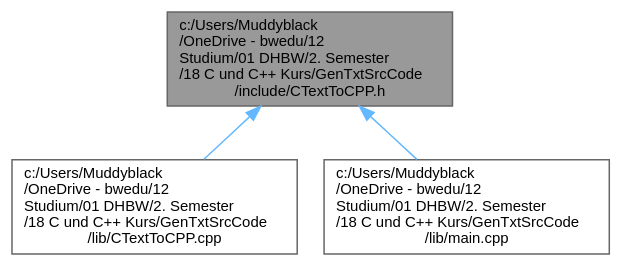
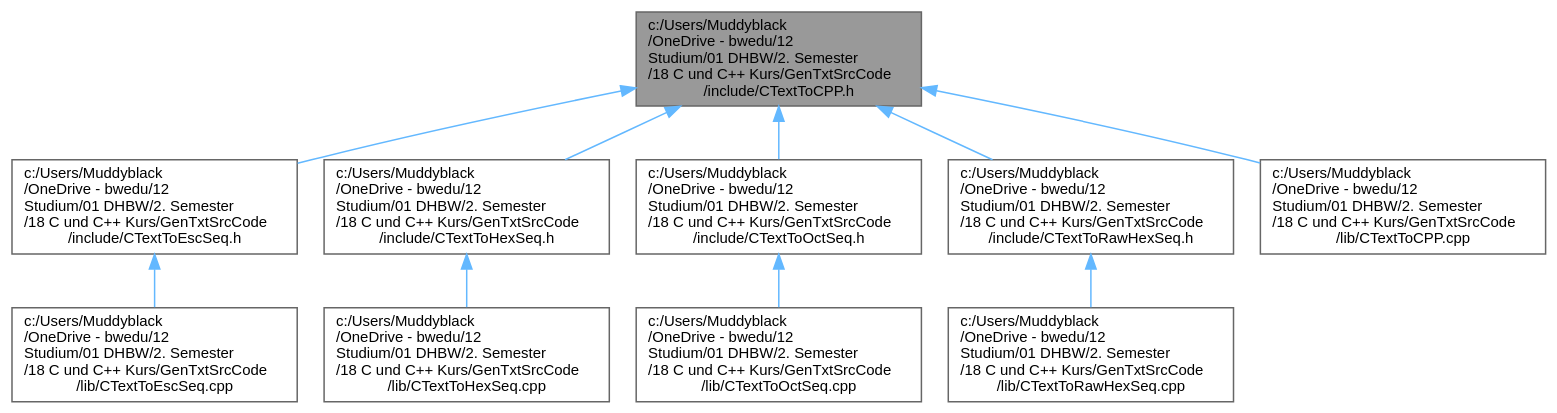
Before and after one commit to Muddyblack/Cpp_Project: the diagram in _c_text_to_c_p_p_8h__dep__incl.dot, drawn with Graphviz. The commit also changed 194 other files, not shown here.

```diff
--- a/_c_text_to_c_p_p_8h__dep__incl.dot
+++ b/_c_text_to_c_p_p_8h__dep__incl.dot
@@ -1,12 +1,26 @@
 digraph "c:/Users/Muddyblack/OneDrive - bwedu/12 Studium/01 DHBW/2. Semester/18 C und C++ Kurs/GenTxtSrcCode/include/CTextToCPP.h"
 {
  // LATEX_PDF_SIZE
   bgcolor="transparent";
   edge [fontname=Helvetica,fontsize=10,labelfontname=Helvetica,labelfontsize=10];
   node [fontname=Helvetica,fontsize=10,shape=box,height=0.2,width=0.4];
-  Node1 [id="Node000001",label="c:/Users/Muddyblack\l/OneDrive - bwedu/12\l Studium/01 DHBW/2. Semester\l/18 C und C++ Kurs/GenTxtSrcCode\l/include/CTextToCPP.h",height=0.2,width=0.4,color="gray40", fillcolor="grey60", style="filled", fontcolor="black",tooltip=" "];
+  Node1 [id="Node000001",label="c:/Users/Muddyblack\l/OneDrive - bwedu/12\l Studium/01 DHBW/2. Semester\l/18 C und C++ Kurs/GenTxtSrcCode\l/include/CTextToCPP.h",height=0.2,width=0.4,color="gray40", fillcolor="grey60", style="filled", fontcolor="black",tooltip="Contains the CTextToCPP class for text-to-C++ conversion."];
   Node1 -> Node2 [id="edge1_Node000001_Node000002",dir="back",color="steelblue1",style="solid",tooltip=" "];
-  Node2 [id="Node000002",label="c:/Users/Muddyblack\l/OneDrive - bwedu/12\l Studium/01 DHBW/2. Semester\l/18 C und C++ Kurs/GenTxtSrcCode\l/lib/CTextToCPP.cpp",height=0.2,width=0.4,color="grey40", fillcolor="white", style="filled",URL="$_c_text_to_c_p_p_8cpp.html",tooltip=" "];
-  Node1 -> Node3 [id="edge2_Node000001_Node000003",dir="back",color="steelblue1",style="solid",tooltip=" "];
-  Node3 [id="Node000003",label="c:/Users/Muddyblack\l/OneDrive - bwedu/12\l Studium/01 DHBW/2. Semester\l/18 C und C++ Kurs/GenTxtSrcCode\l/lib/main.cpp",height=0.2,width=0.4,color="grey40", fillcolor="white", style="filled",URL="$main_8cpp.html",tooltip="Main entry point for the Generating program. This program generates C/C++ code from text input files ..."];
+  Node2 [id="Node000002",label="c:/Users/Muddyblack\l/OneDrive - bwedu/12\l Studium/01 DHBW/2. Semester\l/18 C und C++ Kurs/GenTxtSrcCode\l/include/CTextToEscSeq.h",height=0.2,width=0.4,color="grey40", fillcolor="white", style="filled",URL="$_c_text_to_esc_seq_8h.html",tooltip="Contains the CTextToEscSeq class for converting text to escape sequences."];
+  Node2 -> Node3 [id="edge2_Node000002_Node000003",dir="back",color="steelblue1",style="solid",tooltip=" "];
+  Node3 [id="Node000003",label="c:/Users/Muddyblack\l/OneDrive - bwedu/12\l Studium/01 DHBW/2. Semester\l/18 C und C++ Kurs/GenTxtSrcCode\l/lib/CTextToEscSeq.cpp",height=0.2,width=0.4,color="grey40", fillcolor="white", style="filled",URL="$_c_text_to_esc_seq_8cpp.html",tooltip=" "];
+  Node1 -> Node4 [id="edge3_Node000001_Node000004",dir="back",color="steelblue1",style="solid",tooltip=" "];
+  Node4 [id="Node000004",label="c:/Users/Muddyblack\l/OneDrive - bwedu/12\l Studium/01 DHBW/2. Semester\l/18 C und C++ Kurs/GenTxtSrcCode\l/include/CTextToHexSeq.h",height=0.2,width=0.4,color="grey40", fillcolor="white", style="filled",URL="$_c_text_to_hex_seq_8h.html",tooltip="Contains the CTextToHexSeq class for converting text to hexadecimal sequences."];
+  Node4 -> Node5 [id="edge4_Node000004_Node000005",dir="back",color="steelblue1",style="solid",tooltip=" "];
+  Node5 [id="Node000005",label="c:/Users/Muddyblack\l/OneDrive - bwedu/12\l Studium/01 DHBW/2. Semester\l/18 C und C++ Kurs/GenTxtSrcCode\l/lib/CTextToHexSeq.cpp",height=0.2,width=0.4,color="grey40", fillcolor="white", style="filled",URL="$_c_text_to_hex_seq_8cpp.html",tooltip=" "];
+  Node1 -> Node6 [id="edge5_Node000001_Node000006",dir="back",color="steelblue1",style="solid",tooltip=" "];
+  Node6 [id="Node000006",label="c:/Users/Muddyblack\l/OneDrive - bwedu/12\l Studium/01 DHBW/2. Semester\l/18 C und C++ Kurs/GenTxtSrcCode\l/include/CTextToOctSeq.h",height=0.2,width=0.4,color="grey40", fillcolor="white", style="filled",URL="$_c_text_to_oct_seq_8h.html",tooltip="Contains the CTextToOctSeq class for converting text to octal sequences."];
+  Node6 -> Node7 [id="edge6_Node000006_Node000007",dir="back",color="steelblue1",style="solid",tooltip=" "];
+  Node7 [id="Node000007",label="c:/Users/Muddyblack\l/OneDrive - bwedu/12\l Studium/01 DHBW/2. Semester\l/18 C und C++ Kurs/GenTxtSrcCode\l/lib/CTextToOctSeq.cpp",height=0.2,width=0.4,color="grey40", fillcolor="white", style="filled",URL="$_c_text_to_oct_seq_8cpp.html",tooltip=" "];
+  Node1 -> Node8 [id="edge7_Node000001_Node000008",dir="back",color="steelblue1",style="solid",tooltip=" "];
+  Node8 [id="Node000008",label="c:/Users/Muddyblack\l/OneDrive - bwedu/12\l Studium/01 DHBW/2. Semester\l/18 C und C++ Kurs/GenTxtSrcCode\l/include/CTextToRawHexSeq.h",height=0.2,width=0.4,color="grey40", fillcolor="white", style="filled",URL="$_c_text_to_raw_hex_seq_8h.html",tooltip="Contains the CTextToRawHexSeq class for converting text to raw hexadecimal sequences."];
+  Node8 -> Node9 [id="edge8_Node000008_Node000009",dir="back",color="steelblue1",style="solid",tooltip=" "];
+  Node9 [id="Node000009",label="c:/Users/Muddyblack\l/OneDrive - bwedu/12\l Studium/01 DHBW/2. Semester\l/18 C und C++ Kurs/GenTxtSrcCode\l/lib/CTextToRawHexSeq.cpp",height=0.2,width=0.4,color="grey40", fillcolor="white", style="filled",URL="$_c_text_to_raw_hex_seq_8cpp.html",tooltip=" "];
+  Node1 -> Node10 [id="edge9_Node000001_Node000010",dir="back",color="steelblue1",style="solid",tooltip=" "];
+  Node10 [id="Node000010",label="c:/Users/Muddyblack\l/OneDrive - bwedu/12\l Studium/01 DHBW/2. Semester\l/18 C und C++ Kurs/GenTxtSrcCode\l/lib/CTextToCPP.cpp",height=0.2,width=0.4,color="grey40", fillcolor="white", style="filled",URL="$_c_text_to_c_p_p_8cpp.html",tooltip=" "];
 }
```
